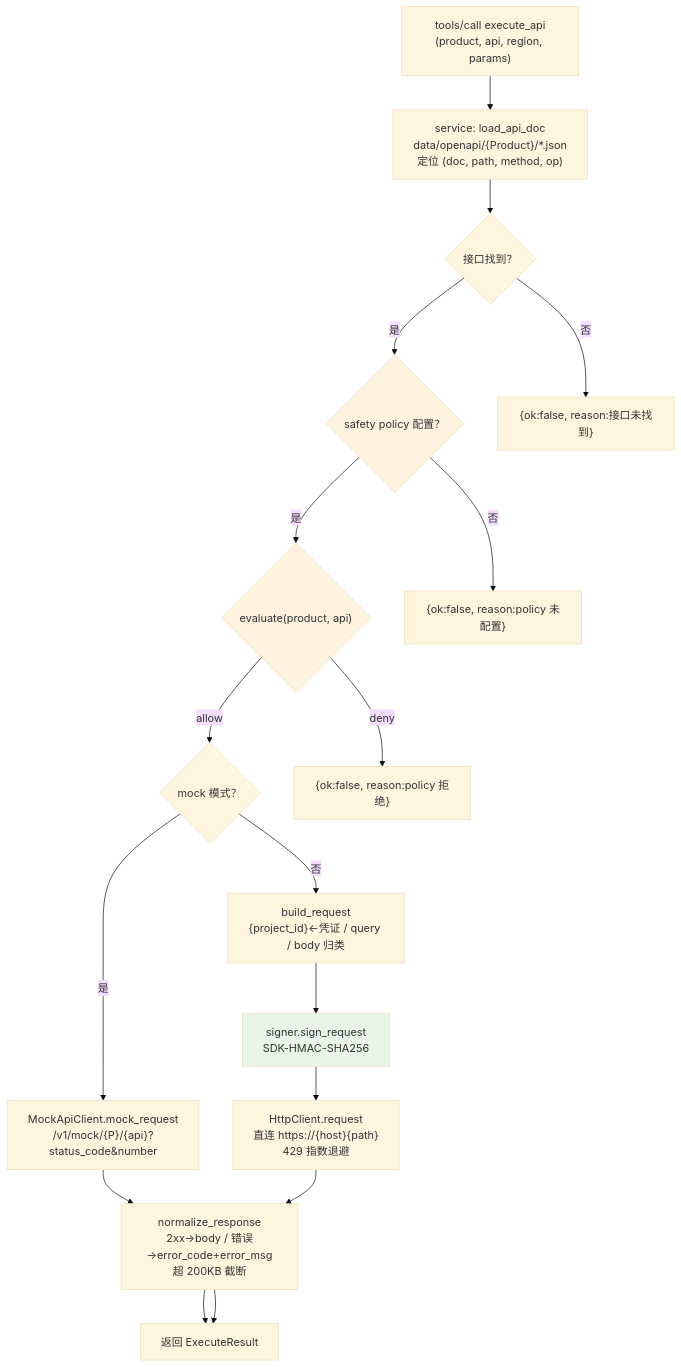
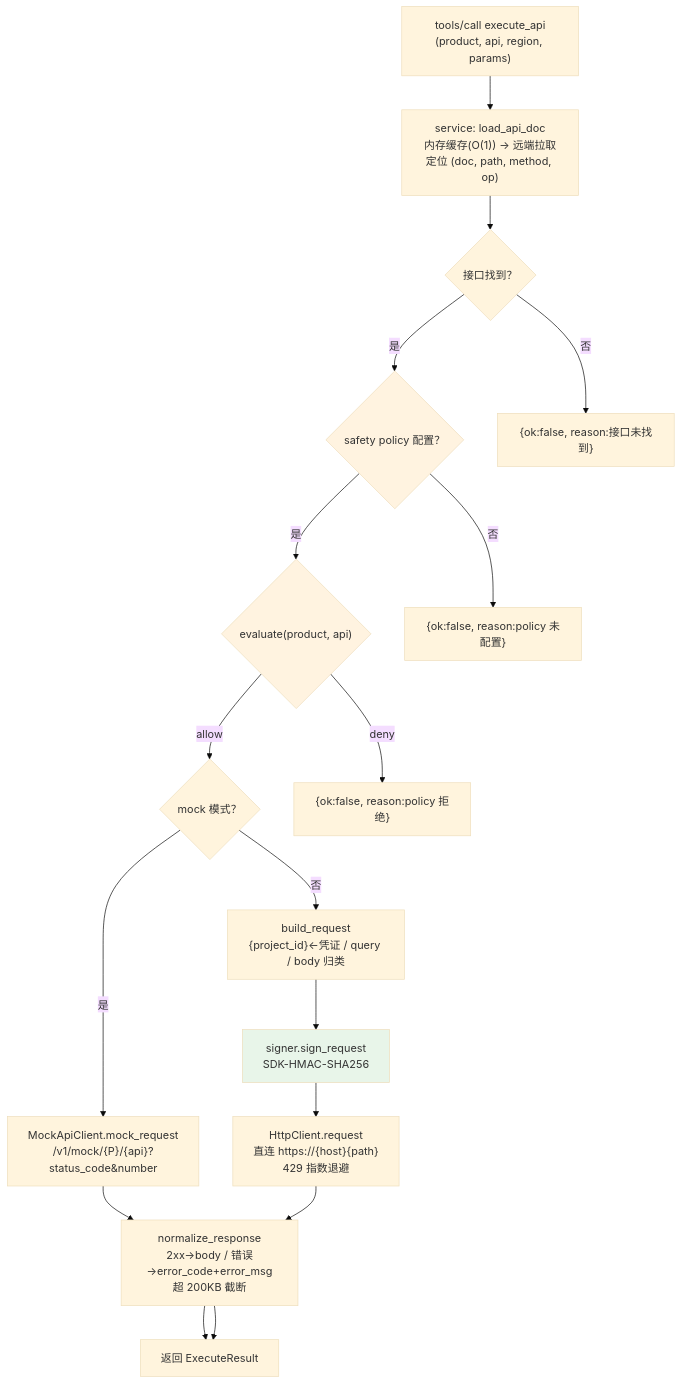
One commit to huaweicloud-mate/huaweicloud-open-mcp changed the fourth of 9 diagrams in docs/design.md. Above: the diagram before and after it, drawn with Mermaid (base theme). The commit also changed other lines of this file and 15 other files, not shown here.

````diff
--- a/docs/design.md
+++ b/docs/design.md
@@ -139,29 +138,29 @@
 ```mermaid
 flowchart TD
     A["tools/call execute_api<br/>(product, api, region, params)"]
-    B["service: load_api_doc<br/>data/openapi/{Product}/*.json<br/>定位 (doc, path, method, op)"]
+    B["service: load_api_doc<br/>内存缓存(O(1)) → 远端拉取<br/>定位 (doc, path, method, op)"]
     C{"接口找到？"}
     D{"safety policy 配置？"}
     E{"evaluate(product, api)"}
     F{"mock 模式？"}
     G["build_request<br/>{project_id}←凭证 / query / body 归类"]
     H["signer.sign_request<br/>SDK-HMAC-SHA256"]
     I["HttpClient.request<br/>直连 https://{host}{path}<br/>429 指数退避"]
     J["MockApiClient.mock_request<br/>/v1/mock/{P}/{api}?status_code&number"]
     K["normalize_response<br/>2xx→body / 错误→error_code+error_msg<br/>超 200KB 截断"]
     L["返回 ExecuteResult"]
 
     A --> B --> C
     C -->|否| X1["{ok:false, reason:接口未找到}"]
     C -->|是| D
     D -->|否| X2["{ok:false, reason:policy 未配置}"]
     D -->|是| E
     E -->|deny| X3["{ok:false, reason:policy 拒绝}"]
     E -->|allow| F
     F -->|是| J --> K --> L
     F -->|否| G --> H --> I --> K --> L
 
     style D fill:#fff3e0
     style E fill:#fff3e0
     style H fill:#e8f5e9
 ```
````
